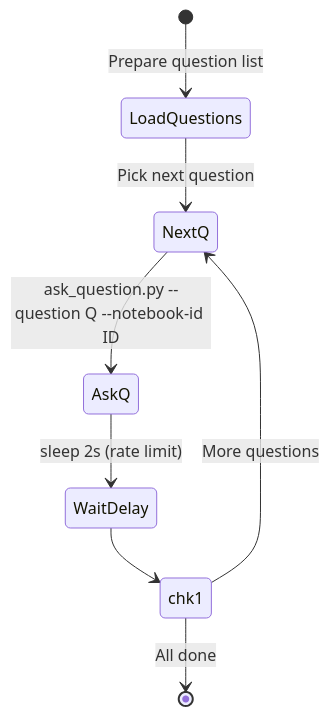
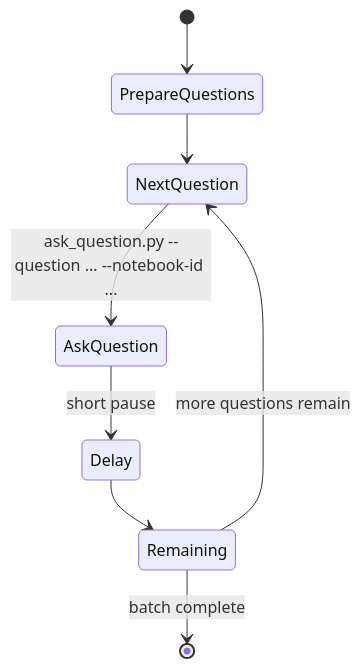
The seventh of 11 diagrams in references/usage_patterns.md (khengyun/notebooklm-experts-skill), drawn with Mermaid before and after one commit. The commit also changed other lines of this file and 23 other files, not shown here.

````diff
--- a/references/usage_patterns.md
+++ b/references/usage_patterns.md
@@ -166,13 +145,12 @@
 ```mermaid
 stateDiagram-v2
-    [*] --> LoadQuestions: Prepare question list
+    [*] --> PrepareQuestions
+    PrepareQuestions --> NextQuestion
+    NextQuestion --> AskQuestion: ask_question.py --question ... --notebook-id ...
+    AskQuestion --> Delay: short pause
 
-    LoadQuestions --> NextQ: Pick next question
-    NextQ --> AskQ: ask_question.py --question Q --notebook-id ID
-    AskQ --> WaitDelay: sleep 2s (rate limit)
-
-    WaitDelay --> chk1
-    state chk1 <<choice>>
-    chk1 --> NextQ: More questions
-    chk1 --> [*]: All done
+    Delay --> Remaining
+    state Remaining <<choice>>
+    Remaining --> NextQuestion: more questions remain
+    Remaining --> [*]: batch complete
 ```
````
